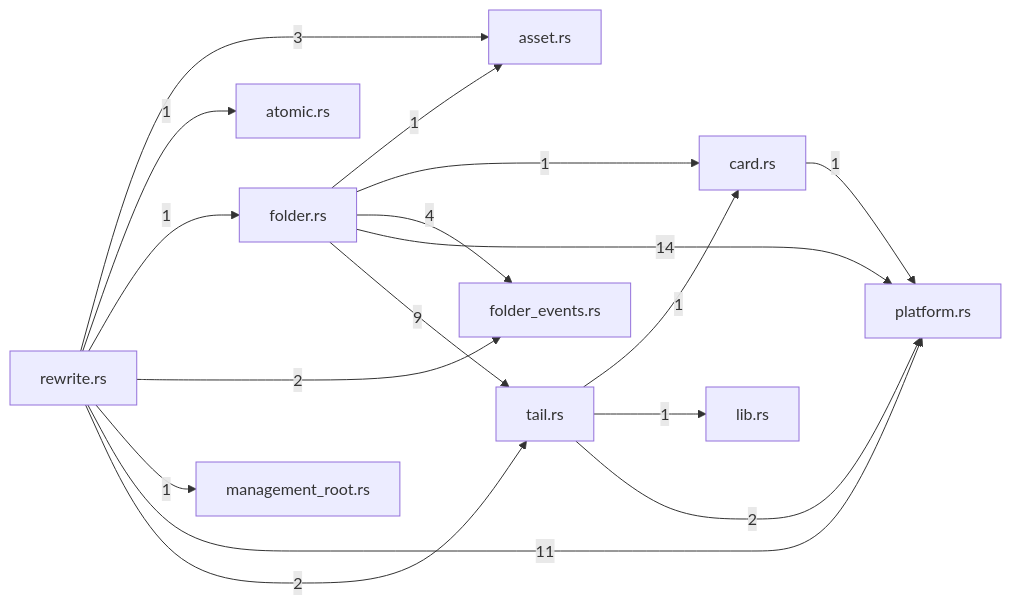
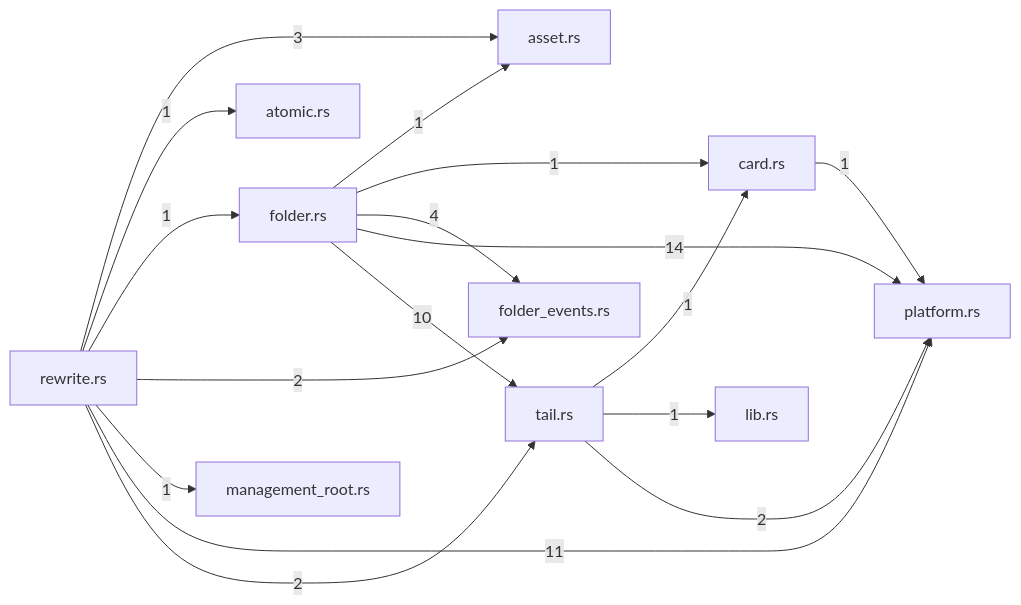
One commit to TekesApps/TekesKernel changed the diagram in crates/store/docs/generated/index.md. Above: the diagram before and after it, drawn with Mermaid. The commit also changed other lines of this file and 69 other files, not shown here.

````diff
--- a/crates/store/docs/generated/index.md
+++ b/crates/store/docs/generated/index.md
@@ -43,29 +43,29 @@
 ```mermaid
 flowchart LR
   m0["asset.rs"]
   m1["atomic.rs"]
   m2["card.rs"]
   m3["folder.rs"]
   m4["folder_events.rs"]
   m5["lib.rs"]
   m6["management_root.rs"]
   m7["platform.rs"]
   m8["rewrite.rs"]
   m9["tail.rs"]
   m2 -->|"1"| m7
   m3 -->|"1"| m0
   m3 -->|"1"| m2
   m3 -->|"4"| m4
   m3 -->|"14"| m7
-  m3 -->|"9"| m9
+  m3 -->|"10"| m9
   m8 -->|"3"| m0
   m8 -->|"1"| m1
   m8 -->|"1"| m3
   m8 -->|"2"| m4
   m8 -->|"1"| m6
   m8 -->|"11"| m7
   m8 -->|"2"| m9
   m9 -->|"1"| m2
   m9 -->|"1"| m5
   m9 -->|"2"| m7
 ```
````
